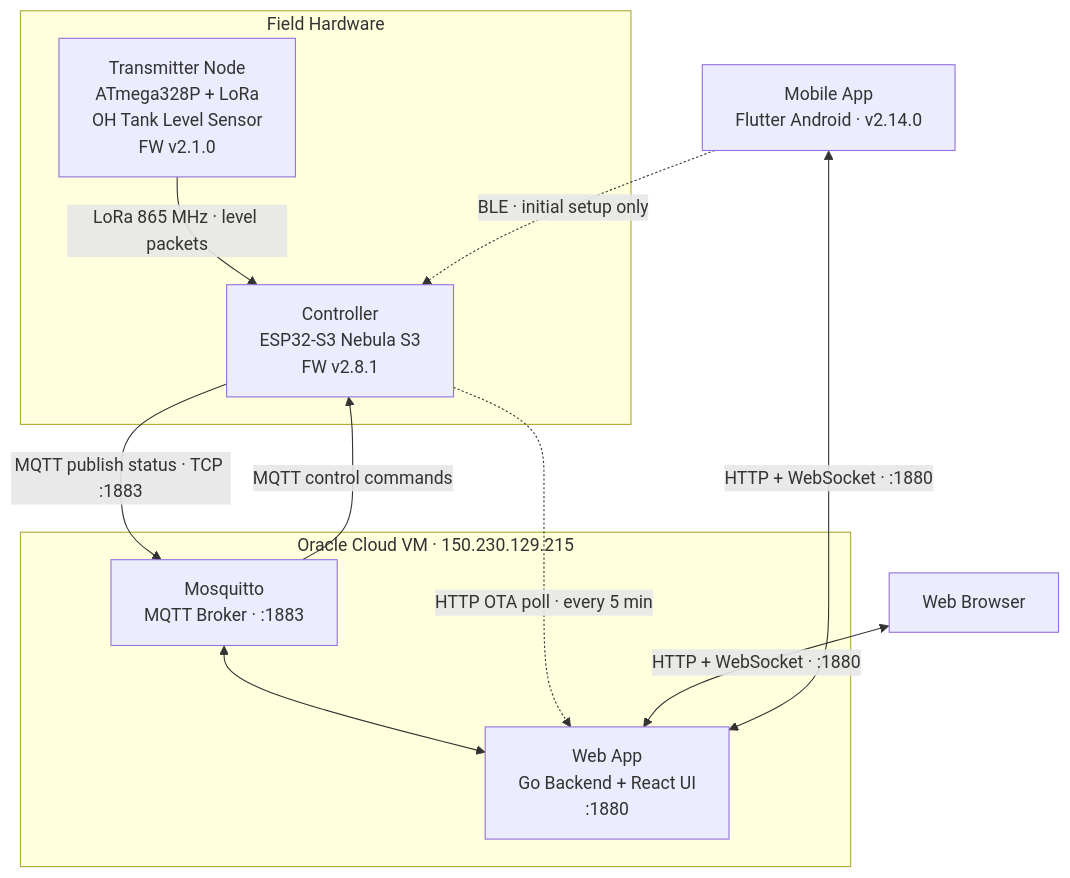
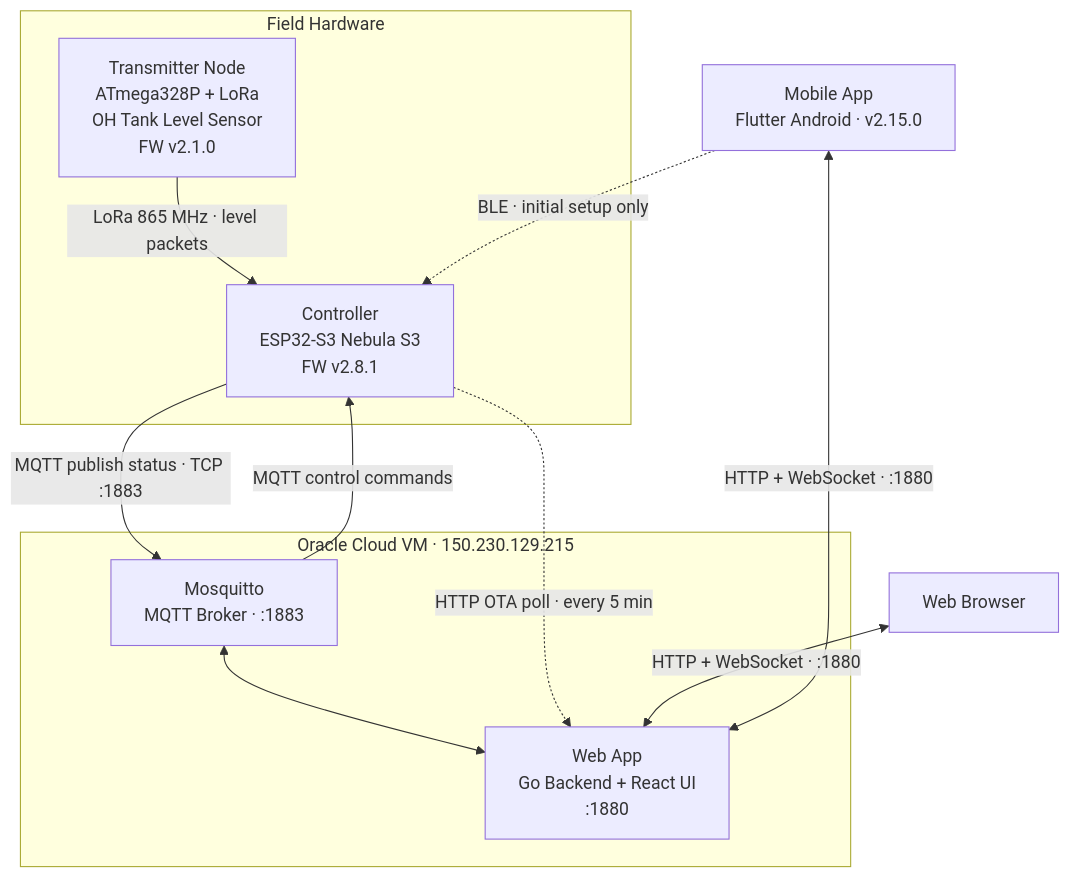
One commit to nperiannan/TankMonitor changed the first of 2 diagrams in README.md. Above: the diagram before and after it, drawn with Mermaid. The commit also changed other lines of this file and 5 other files, not shown here.

````diff
--- a/README.md
+++ b/README.md
@@ -9,25 +9,25 @@
 ```mermaid
 flowchart TD
     subgraph Field["Field Hardware"]
         TX["Transmitter Node\nATmega328P + LoRa\nOH Tank Level Sensor\nFW v2.1.0"]
         CTRL["Controller\nESP32-S3 Nebula S3\nFW v2.8.1"]
         TX -- "LoRa 865 MHz · level packets" --> CTRL
     end
 
     subgraph Server["Oracle Cloud VM · 150.230.129.215"]
         MQ["Mosquitto\nMQTT Broker · :1883"]
         WEB["Web App\nGo Backend + React UI\n:1880"]
         MQ <--> WEB
     end
 
     CTRL -- "MQTT publish status · TCP :1883" --> MQ
     MQ -- "MQTT control commands" --> CTRL
     CTRL -. "HTTP OTA poll · every 5 min" .-> WEB
 
     BROWSER["Web Browser"]
-    APP["Mobile App\nFlutter Android · v2.14.0"]
+    APP["Mobile App\nFlutter Android · v2.15.0"]
 
     BROWSER <-- "HTTP + WebSocket · :1880" --> WEB
     APP <-- "HTTP + WebSocket · :1880" --> WEB
     APP -. "BLE · initial setup only" .-> CTRL
 ```
````
